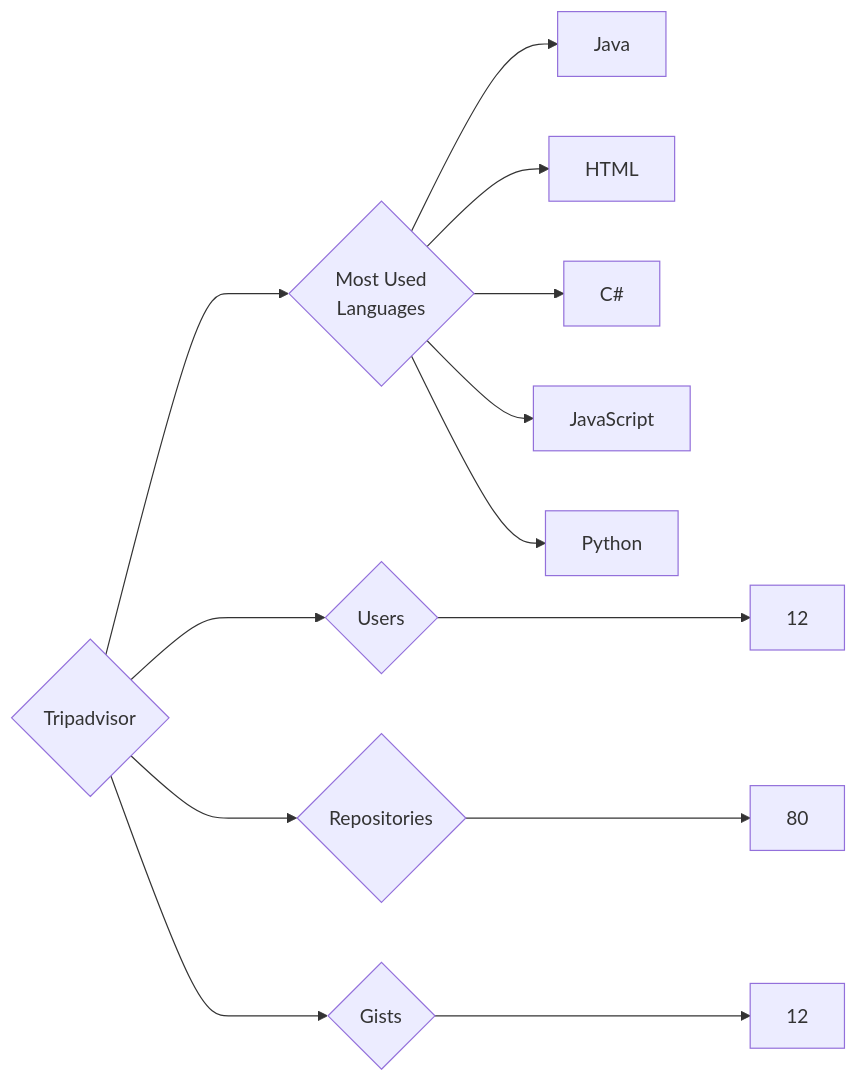
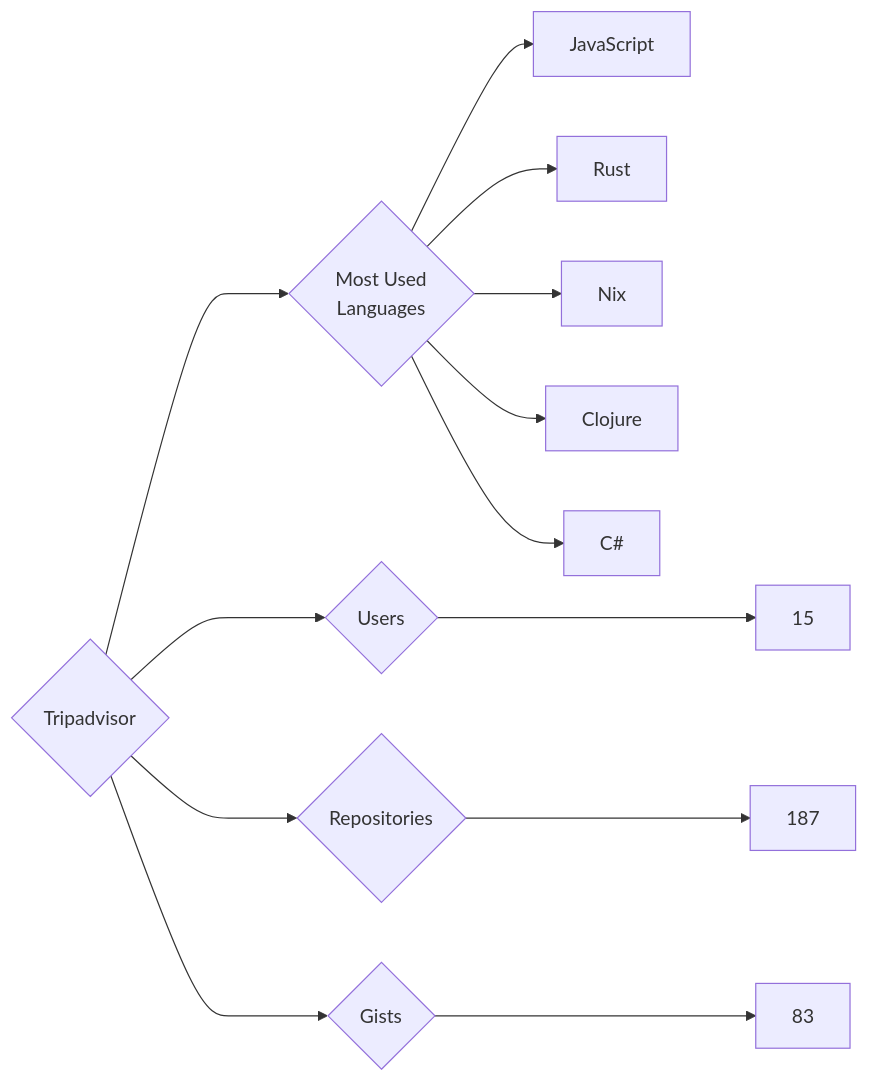
Before and after one commit to trickest/insiders: the diagram in targets/Tripadvisor/README.md, drawn with Mermaid. The commit also changed 964 other files, not shown here.

````diff
--- a/targets/Tripadvisor/README.md
+++ b/targets/Tripadvisor/README.md
@@ -3,13 +3,13 @@
 ```mermaid
 graph LR
 COMPANY_NAME{Tripadvisor}
-COMPANY_NAME ---> U{Users} ---> UN[12]
-COMPANY_NAME ---> R{Repositories} ---> RN[80]
-COMPANY_NAME ---> G{Gists} ---> GN[12]
+COMPANY_NAME ---> U{Users} ---> UN[15]
+COMPANY_NAME ---> R{Repositories} ---> RN[187]
+COMPANY_NAME ---> G{Gists} ---> GN[83]
 COMPANY_NAME ---> ML{Most Used<br>Languages}
-ML --> Java[Java]
-ML --> HTML[HTML]
+ML --> JavaScript[JavaScript]
+ML --> Rust[Rust]
+ML --> Nix[Nix]
+ML --> Clojure[Clojure]
 ML --> C#[C#]
-ML --> JavaScript[JavaScript]
-ML --> Python[Python]
 ```
````
